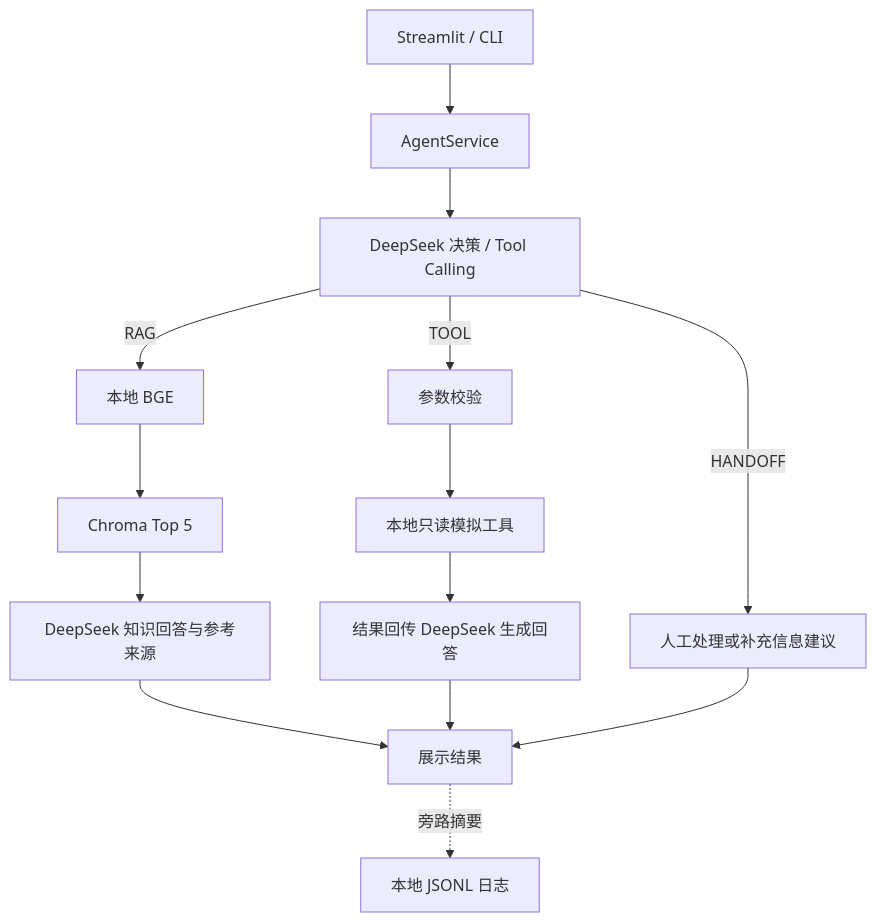
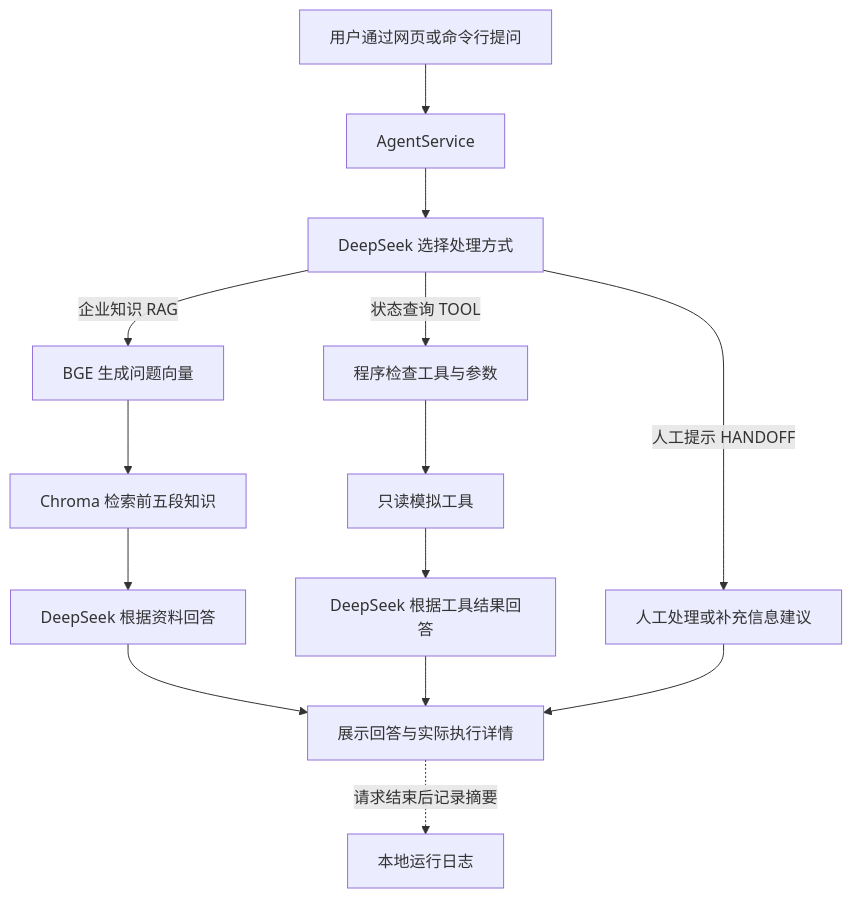
Before and after one commit to Enavant0/aura-labs-ai-customer-service-agent: the diagram in README.md, drawn with Mermaid. The commit also changed other lines of this file and 5 other files, not shown here.

````diff
--- a/README.md
+++ b/README.md
@@ -32,16 +41,16 @@
 ```mermaid
 flowchart TD
-    U[Streamlit / CLI] --> A[AgentService]
-    A --> D[DeepSeek 决策 / Tool Calling]
-    D -->|RAG| B[本地 BGE]
-    B --> C[Chroma Top 5]
-    C --> R[DeepSeek 知识回答与参考来源]
-    D -->|TOOL| V[参数校验]
-    V --> T[本地只读模拟工具]
-    T --> F[结果回传 DeepSeek 生成回答]
-    D -->|HANDOFF| H[人工处理或补充信息建议]
-    R --> O[展示结果]
+    U[用户通过网页或命令行提问] --> A[AgentService]
+    A --> D[DeepSeek 选择处理方式]
+    D -->|企业知识 RAG| B[BGE 生成问题向量]
+    B --> C[Chroma 检索前五段知识]
+    C --> R[DeepSeek 根据资料回答]
+    D -->|状态查询 TOOL| V[程序检查工具与参数]
+    V --> T[只读模拟工具]
+    T --> F[DeepSeek 根据工具结果回答]
+    D -->|人工提示 HANDOFF| H[人工处理或补充信息建议]
+    R --> O[展示回答与实际执行详情]
     F --> O
     H --> O
-    O -. 旁路摘要 .-> L[本地 JSONL 日志]
+    O -. 请求结束后记录摘要 .-> L[本地运行日志]
 ```
````
